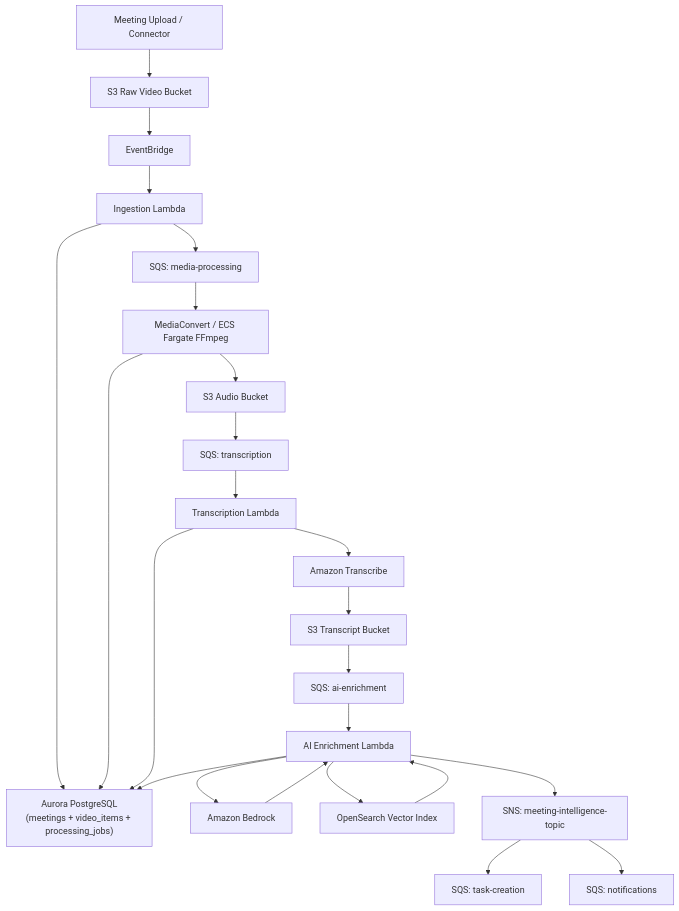
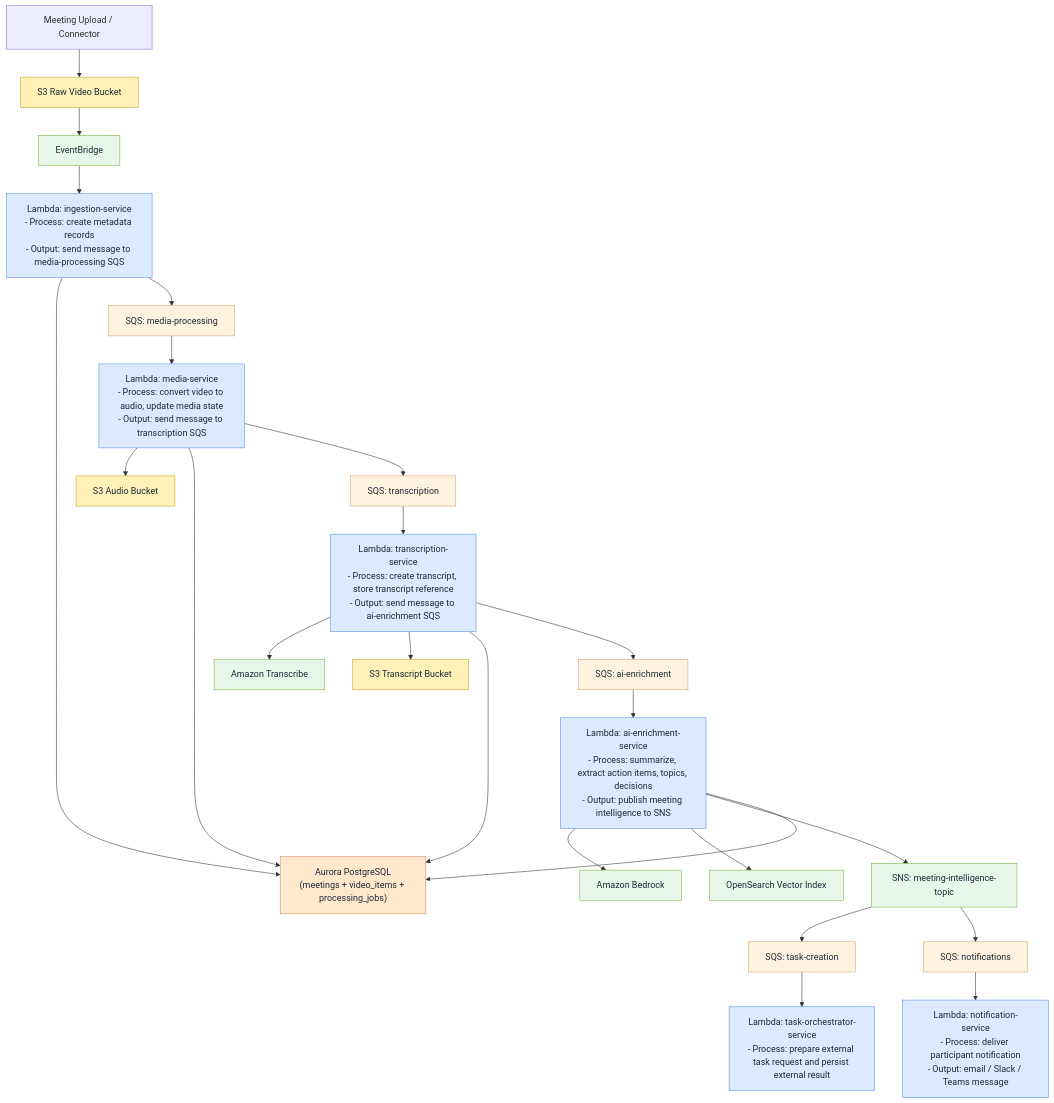
One commit to gek007/aws-ai-video-meeting-platform changed the second of 3 diagrams in AI_MEETING_INTELLIGENCE_PLATFORM_TDD.md. Above: the diagram before and after it, drawn with Mermaid. The commit also changed other lines of this file and 20 other files, not shown here.

Commit message:
feat: enhance ingestion and transcription services with metadata handling and processing job integration

````diff
--- a/AI_MEETING_INTELLIGENCE_PLATFORM_TDD.md
+++ b/AI_MEETING_INTELLIGENCE_PLATFORM_TDD.md
@@ -143,30 +159,42 @@
 ```mermaid
 flowchart TD
+classDef service fill:#dbeafe,stroke:#5b8def,color:#1f2937,stroke-width:1px;
+classDef aws fill:#e8f5e9,stroke:#7cb342,color:#1f2937,stroke-width:1px;
+classDef db fill:#ffe8cc,stroke:#d08c60,color:#1f2937,stroke-width:1px;
+classDef objectstore fill:#fff1b8,stroke:#c9a227,color:#1f2937,stroke-width:1px;
+classDef queue fill:#fff3e0,stroke:#d4a373,color:#1f2937,stroke-width:1px;
+classDef external fill:#f3e8ff,stroke:#9b8ad6,color:#1f2937,stroke-width:1px;
+
 A["Meeting Upload / Connector"] --> B["S3 Raw Video Bucket"]
 B --> C["EventBridge"]
-C --> D["Ingestion Lambda"]
+C --> D["Lambda: ingestion-service<br/>- Process: create metadata records<br/>- Output: send message to media-processing SQS"]
 D --> E["Aurora PostgreSQL<br/>(meetings + video_items + processing_jobs)"]
 D --> F["SQS: media-processing"]
 
-F --> G["MediaConvert / ECS Fargate FFmpeg"]
+F --> G["Lambda: media-service<br/>- Process: convert video to audio, update media state<br/>- Output: send message to transcription SQS"]
+G --> H["S3 Audio Bucket"]
 G --> E
-G --> H["S3 Audio Bucket"]
-H --> I["SQS: transcription"]
+G --> I["SQS: transcription"]
 
-I --> J["Transcription Lambda"]
+I --> J["Lambda: transcription-service<br/>- Process: create transcript, store transcript reference<br/>- Output: send message to ai-enrichment SQS"]
+J --> K["Amazon Transcribe"]
+J --> L["S3 Transcript Bucket"]
 J --> E
-J --> K["Amazon Transcribe"]
-K --> L["S3 Transcript Bucket"]
-L --> M["SQS: ai-enrichment"]
+J --> M["SQS: ai-enrichment"]
 
-M --> N["AI Enrichment Lambda"]
-N --> E
+M --> N["Lambda: ai-enrichment-service<br/>- Process: summarize, extract action items, topics, decisions<br/>- Output: publish meeting intelligence to SNS"]
 N --> O["Amazon Bedrock"]
 N --> P["OpenSearch Vector Index"]
 N --> ZA["SNS: meeting-intelligence-topic"]
+N --> E
 ZA --> Q["SQS: task-creation"]
 ZA --> R["SQS: notifications"]
+Q --> S["Lambda: task-orchestrator-service<br/>- Process: prepare external task request and persist external result"]
+R --> T["Lambda: notification-service<br/>- Process: deliver participant notification<br/>- Output: email / Slack / Teams message"]
 
-O --> N
-P --> N
+class D,G,J,N,S,T service;
+class C,K,O,P,ZA aws;
+class E db;
+class B,H,L objectstore;
+class F,I,M,Q,R queue;
 ```
````
